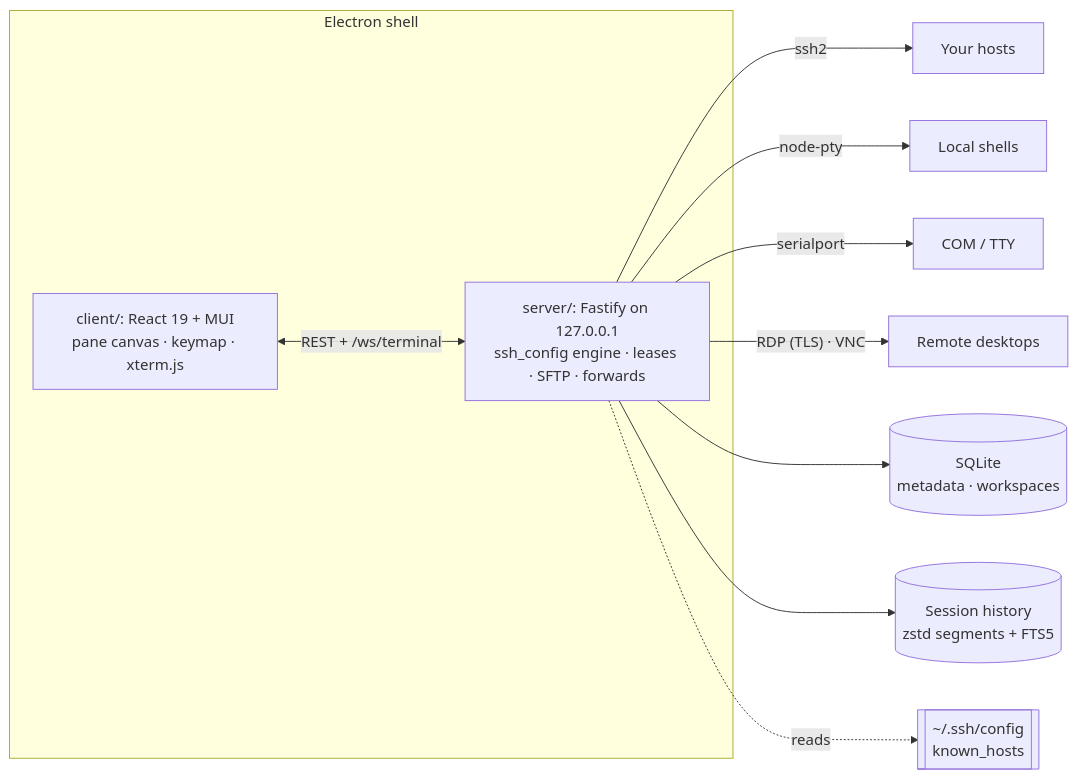
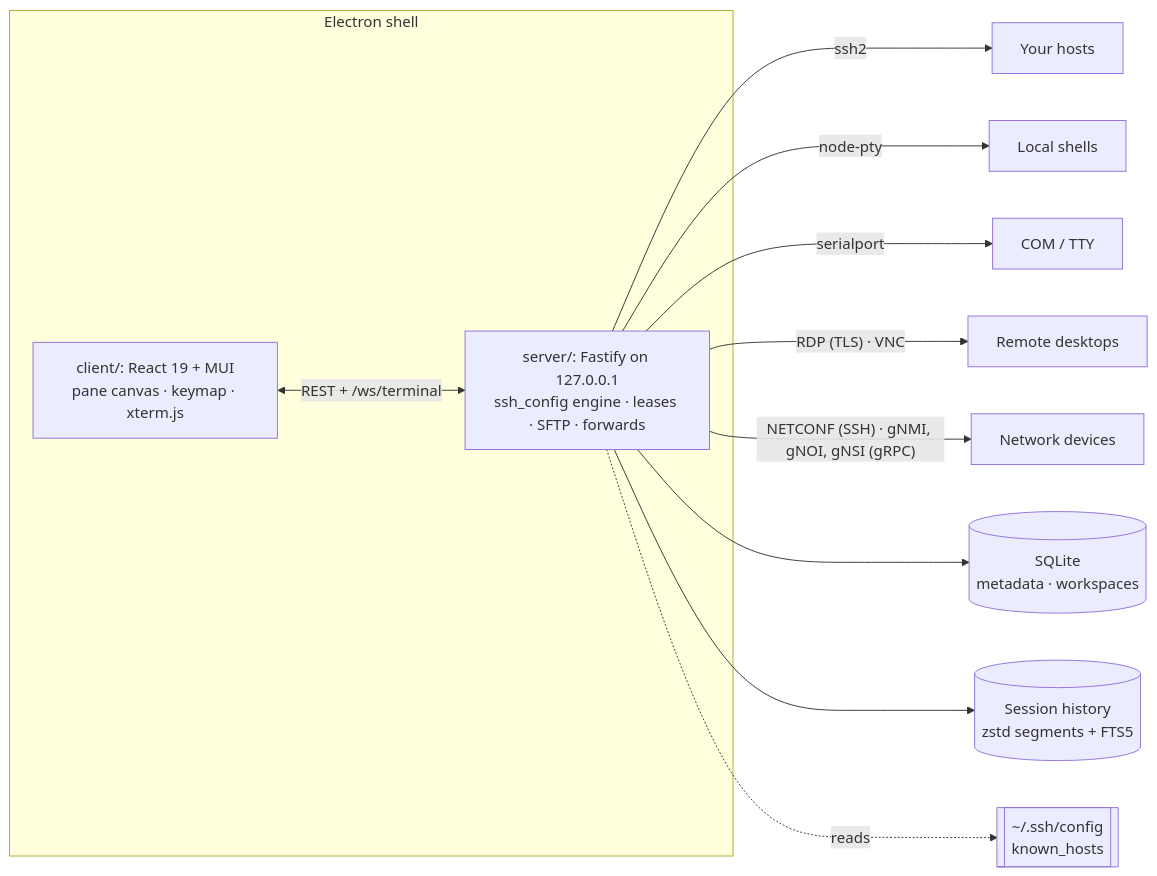
The first of 2 diagrams in docs/reference/architecture.md (FloSch62/muxus), drawn with Mermaid before and after one commit. The commit also changed other lines of this file and 110 other files, not shown here.

First line of the commit message:
feat: NETCONF, gNMI, gNOI and gNSI workbench for network devices

````diff
--- a/docs/reference/architecture.md
+++ b/docs/reference/architecture.md
@@ -10,15 +10,16 @@
 ```mermaid
 flowchart LR
   subgraph Desktop["Electron shell"]
     Client["client/: React 19 + MUI<br/>pane canvas · keymap · xterm.js"]
     Server["server/: Fastify on 127.0.0.1<br/>ssh_config engine · leases · SFTP · forwards"]
   end
   Client <-->|"REST + /ws/terminal"| Server
   Server -->|ssh2| Hosts["Your hosts"]
   Server -->|node-pty| Local["Local shells"]
   Server -->|serialport| Serial["COM / TTY"]
   Server -->|"RDP (TLS) · VNC"| Desktops["Remote desktops"]
+  Server -->|"NETCONF (SSH) · gNMI, gNOI, gNSI (gRPC)"| Devices["Network devices"]
   Server --> DB[("SQLite<br/>metadata · workspaces")]
   Server --> History[("Session history<br/>zstd segments + FTS5")]
   Server -.reads.-> Config[["~/.ssh/config<br/>known_hosts"]]
 ```
````
